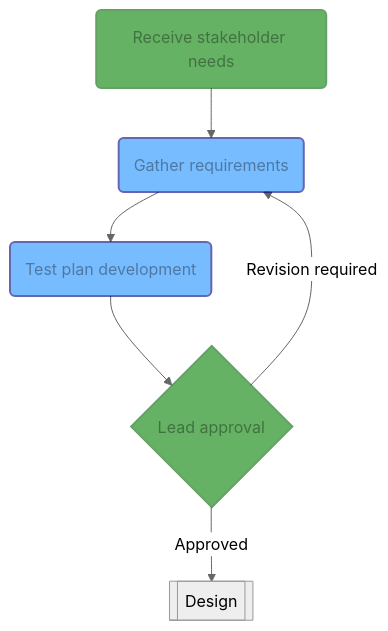
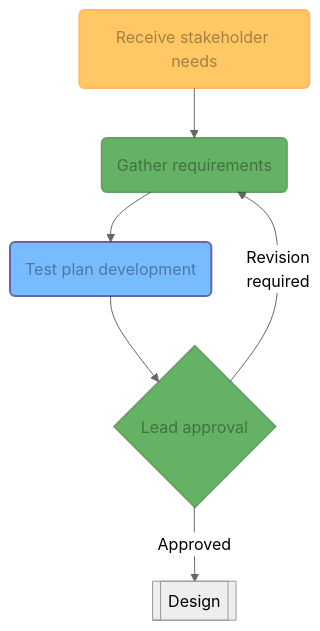
One commit to nyx-space/quality-assurance changed the diagram in docs/process/requirements.md. Above: the diagram before and after it, drawn with Mermaid (neutral theme). The commit also changed 14 other files, not shown here.

````diff
--- a/docs/process/requirements.md
+++ b/docs/process/requirements.md
@@ -1,13 +1,14 @@
 ```mermaid
 graph TD
-    RN("Receive stakeholder needs"):::lead --> GR("Gather requirements"):::engr
+    RN("Receive stakeholder needs"):::sh --> GR("Gather requirements"):::lead
     GR --> TP("Test plan development"):::engr
     TP --> ReqApproval{"Lead approval"}:::lead
-    ReqApproval --> |Revision required| GR
+    ReqApproval --> |Revision<br/>required| GR
     ReqApproval --> |Approved| ReqOK[[Design]]
 
     click ReqOK "/process/design/"
 
     classDef lead fill:green,opacity:0.6,stroke:darkgreen,stroke-width:2px,color:black
     classDef engr fill:dodgerblue,opacity:0.6,stroke:navy,stroke-width:2px,color:black
+    classDef sh fill:orange,opacity:0.6,stroke:darkorange,stroke-width:2px,color:black
 ```
````
